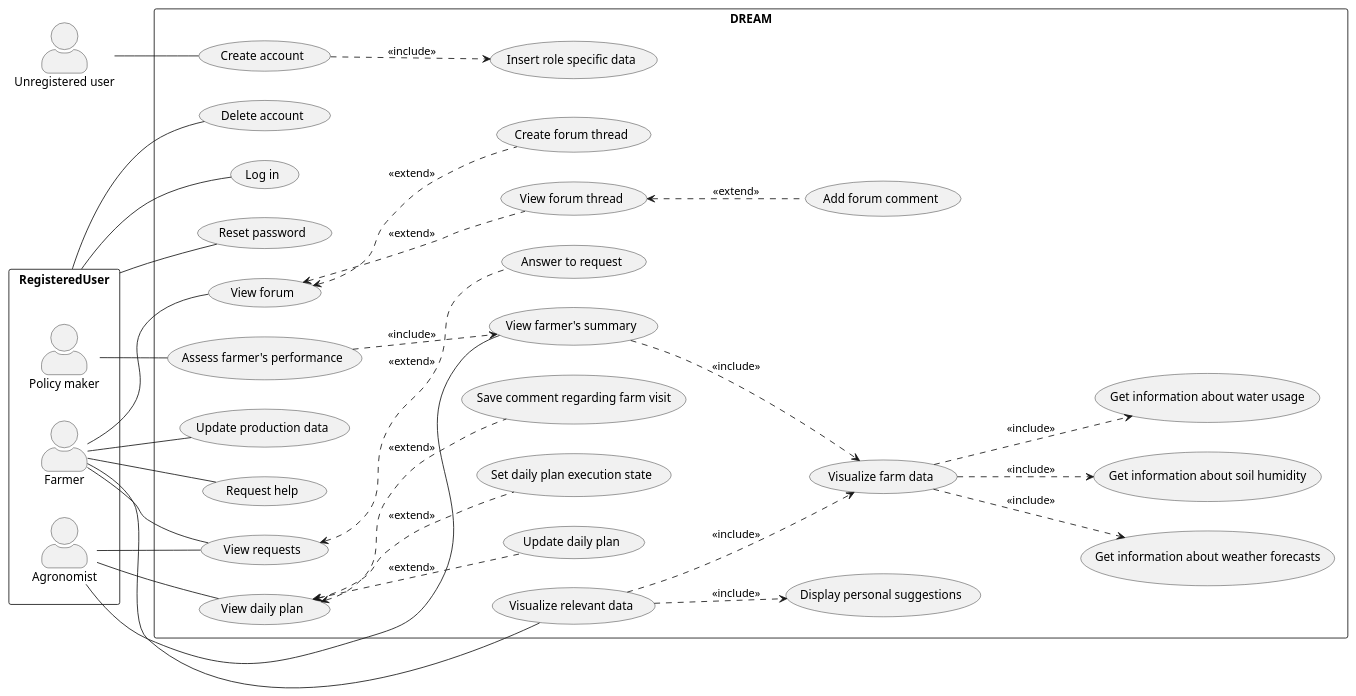
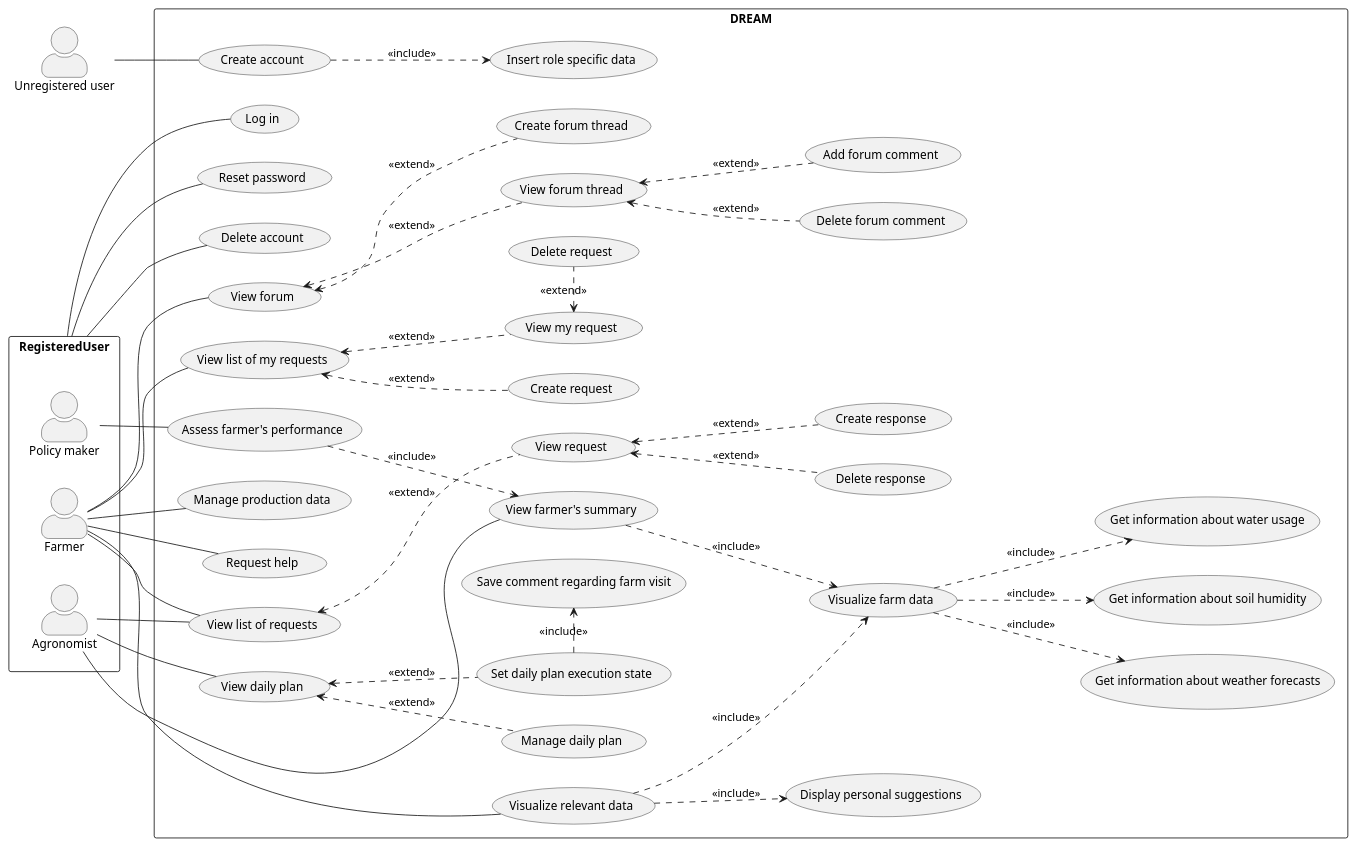
Before and after one commit to Astenna/DREAM: the diagram in RASD/uml/uc.puml, drawn with PlantUML. The commit also changed 3 other files, not shown here.

Commit message:
UML diagram changes + algorithm fix

```diff
--- a/RASD/uml/uc.puml
+++ b/RASD/uml/uc.puml
@@ -1,70 +1,80 @@
 @startuml Use case
 left to right direction
 skinparam packageStyle rectangle
 skinparam actorStyle awesome
+
+' skinparam linetype polyline
+' skinparam linetype ortho
 
 'Primary - should be on the left side
 actor :Unregistered user: as UnregUser
 
 package RegisteredUser {
     actor :Policy maker: as PolMaker
     actor :Farmer:
     actor :Agronomist:
 }
 
 ' 'Secondary - should be on the right side
 ' package ExternalSystem {
 '     actor :WeatherForecastSystem:
 '     actor :WaterIrrigationSystem:
 '     actor :SensorSystem:
 ' }
 
 'visualisations - less details or additional phenomenas? as in lower diagram
 'there are MANY missing phenomenas, that can be deducted from UC
 'about SP: which is better?? - maybe a question to tamburri
 '   "The system visualizes data ... for argonomist"
 '   "The system visualizes data ..."
 '   "Agronomist visualizes data"
 rectangle DREAM {
     '''''''''''Common'''''''''''
     RegisteredUser -- (Log in)
     RegisteredUser -- (Reset password)
     RegisteredUser -- (Delete account)
     UnregUser -- (Create account)
     ' PolMaker -- (Log in)
     ' Agronomist -- (Log in)
     (Create account) ..> (Insert role specific data) : <<include>>
 
     '''''''''''Farmer'''''''''''
     ' Farmer -- (Log in)
     Farmer -- (Visualize relevant data)
     'should providers be included? maybe a question to Tamburri
     (Visualize relevant data) ..> (Visualize farm data) : <<include>>
     (Visualize farm data) ..> (Get information about weather forecasts) : <<include>>
     (Visualize farm data) ..> (Get information about soil humidity) : <<include>>
     (Visualize farm data) ..> (Get information about water usage) : <<include>>
     (Visualize relevant data) ..> (Display personal suggestions) : <<include>>
-    Farmer -- (Update production data)
+    Farmer -- (Manage production data)
     Farmer -- (Request help)
     Farmer -- (View forum)
     (View forum) <.. (Create forum thread) : <<extend>>
     (View forum) <.. (View forum thread) : <<extend>>
+    (View forum thread) <.. (Delete forum comment) : <<extend>>
     (View forum thread) <.. (Add forum comment) : <<extend>>
-    Farmer -- (View requests)
+    Farmer -- (View list of requests)
+    Farmer -- (View list of my requests)
+    (View list of my requests) <.. (Create request) : <<extend>>
+    (View list of my requests) <.. (View my request) : <<extend>>
+    (View my request) <. (Delete request) : <<extend>>
 
     '''''''''''Agronomist'''''''''''
     Agronomist -- (View farmer's summary)
-    Agronomist -- (View requests)
-    (View requests) <.. (Answer to request) : <<extend>>
+    Agronomist -- (View list of requests)
+    (View list of requests) <.. (View request) : <<extend>>
+    (View request) <.. (Create response) : <<extend>>
+    (View request) <.. (Delete response) : <<extend>>
     (View farmer's summary) ..> (Visualize farm data) : <<include>>
     Agronomist -- (View daily plan)
-    (View daily plan) <.. (Update daily plan) : <<extend>>
+    (View daily plan) <.. (Manage daily plan) : <<extend>>
     (View daily plan) <.. (Set daily plan execution state) : <<extend>>
-    (View daily plan) <.. (Save comment regarding farm visit) : <<extend>>
+    (Set daily plan execution state) .> (Save comment regarding farm visit) : <<include>>
 
     '''''''''''Policy maker'''''''''''
     PolMaker -- (Assess farmer's performance)
     (Assess farmer's performance) ..> (View farmer's summary) : <<include>>
 }
 
 @enduml
```
